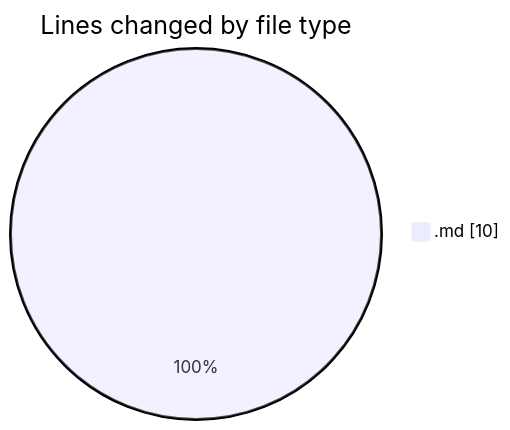
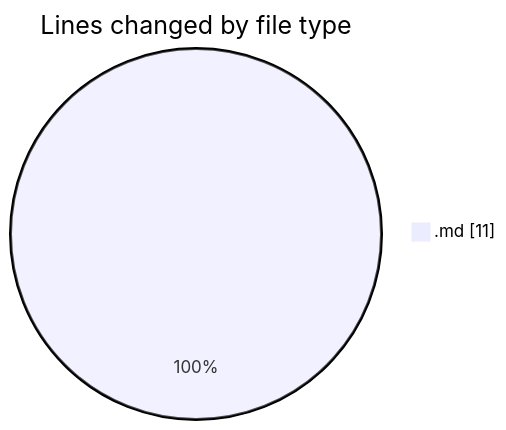
Before and after one commit to Ritupan-Deka/code-tracking: the first of 2 diagrams in 2025-07-07/urlwebwala_intership_work/README.md, drawn with Mermaid. The commit also changed other lines of this file and 1 other file, not shown here.

````diff
--- a/2025-07-07/urlwebwala_intership_work/README.md
+++ b/2025-07-07/urlwebwala_intership_work/README.md
@@ -22,5 +22,5 @@
 ```mermaid
 pie showData
 title Lines changed by file type
-".md" : 10
+".md" : 11
 ```
````
